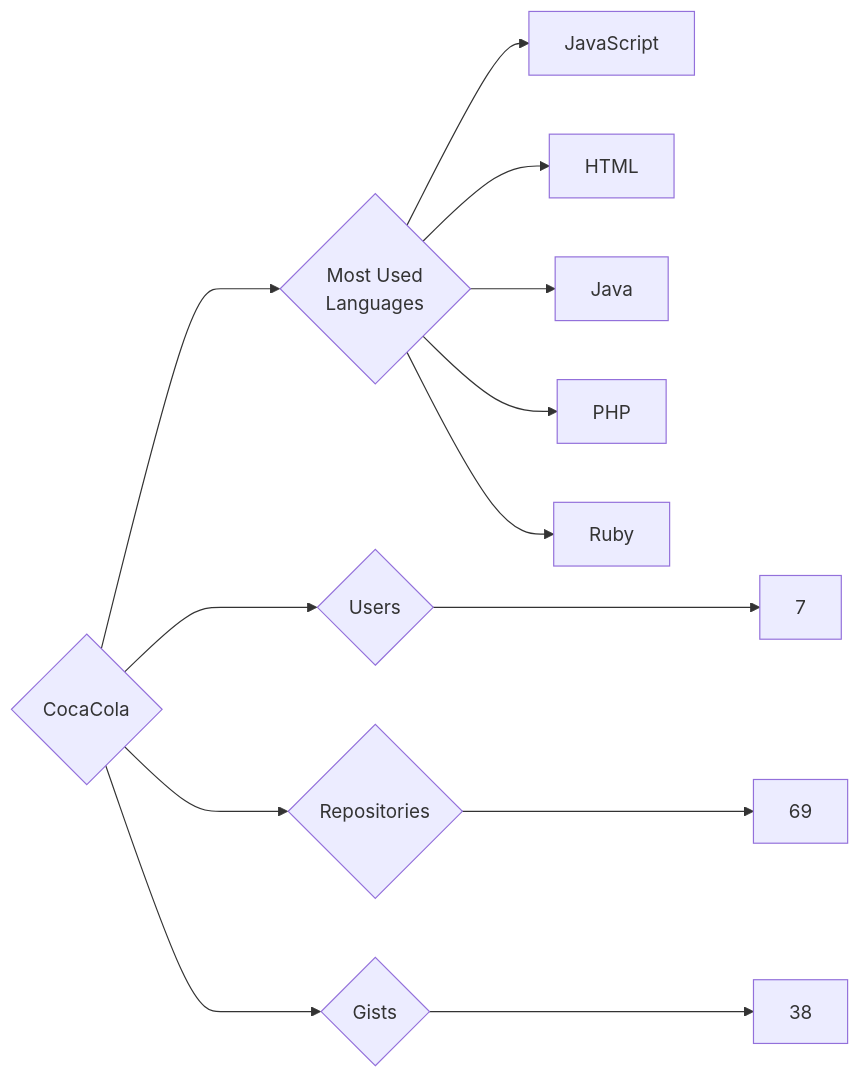
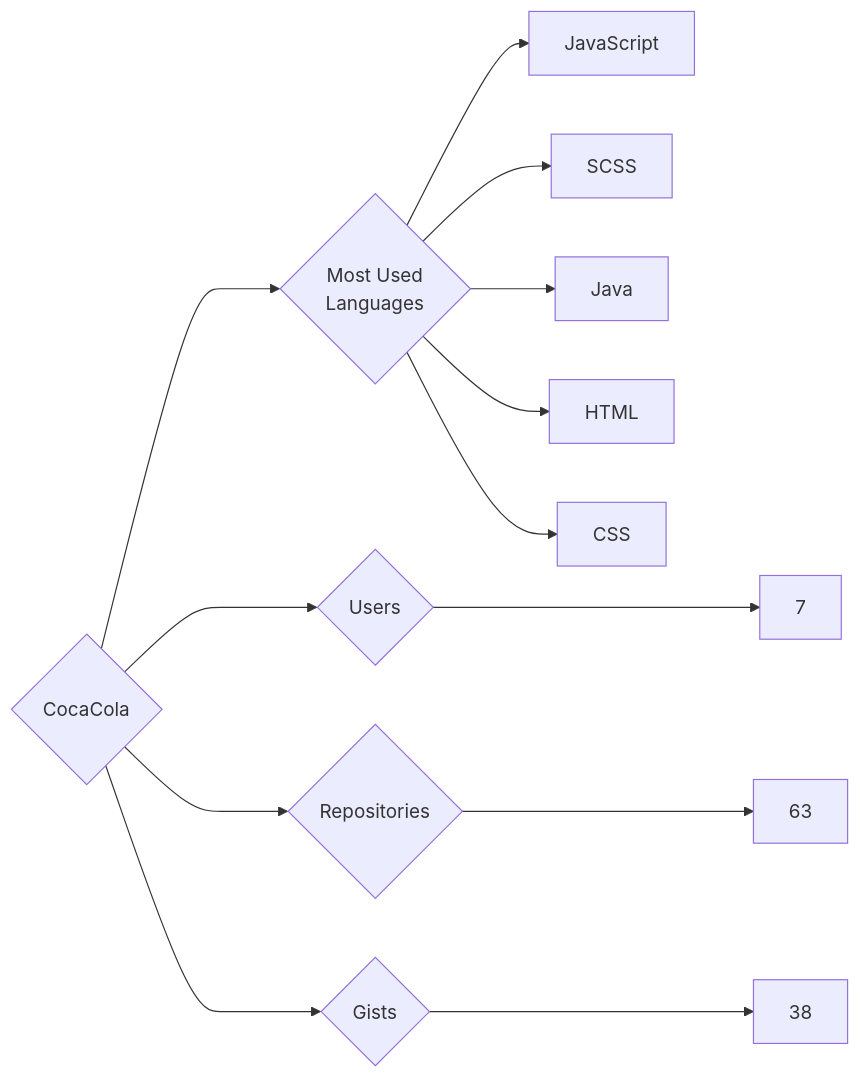
The diagram in targets/CocaCola/README.md (trickest/insiders), drawn with Mermaid before and after one commit. The commit also changed 723 other files, not shown here.

````diff
--- a/targets/CocaCola/README.md
+++ b/targets/CocaCola/README.md
@@ -3,13 +3,13 @@
 ```mermaid
 graph LR
 COMPANY_NAME{CocaCola}
 COMPANY_NAME ---> U{Users} ---> UN[7]
-COMPANY_NAME ---> R{Repositories} ---> RN[69]
+COMPANY_NAME ---> R{Repositories} ---> RN[63]
 COMPANY_NAME ---> G{Gists} ---> GN[38]
 COMPANY_NAME ---> ML{Most Used<br>Languages}
 ML --> JavaScript[JavaScript]
+ML --> SCSS[SCSS]
+ML --> Java[Java]
 ML --> HTML[HTML]
-ML --> Java[Java]
-ML --> PHP[PHP]
-ML --> Ruby[Ruby]
+ML --> CSS[CSS]
 ```
````
